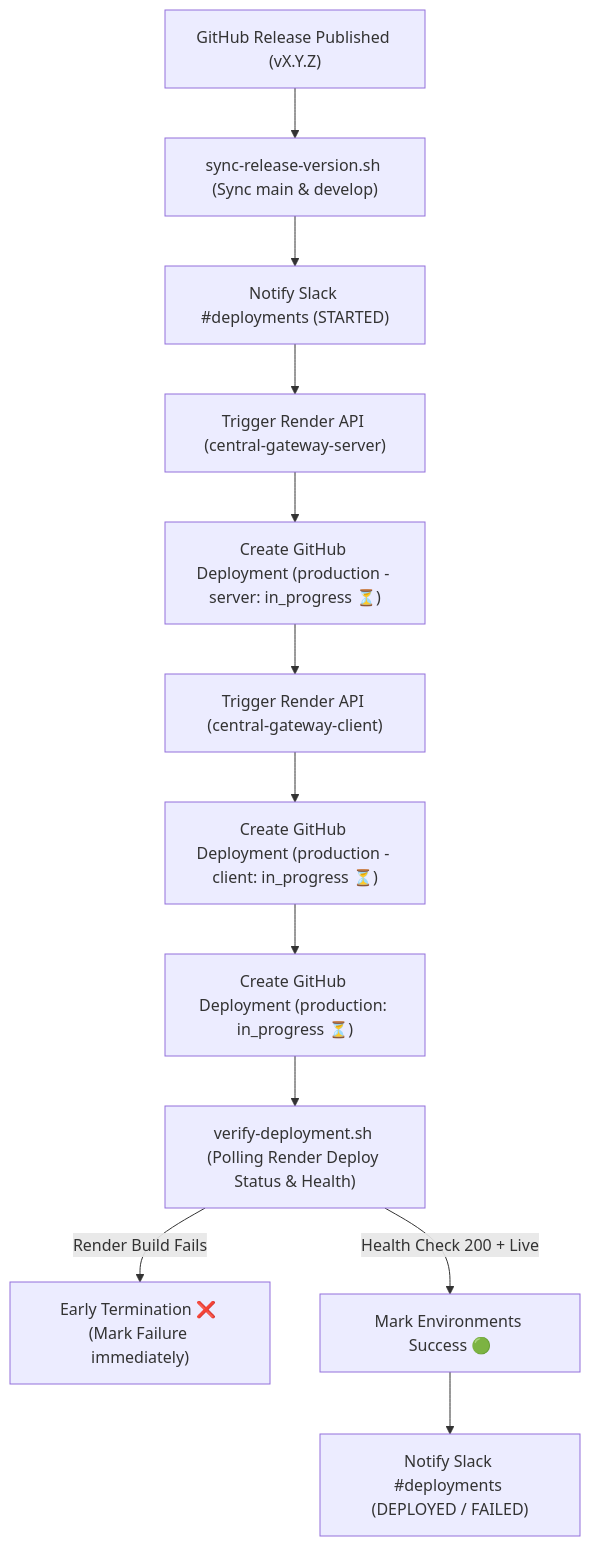
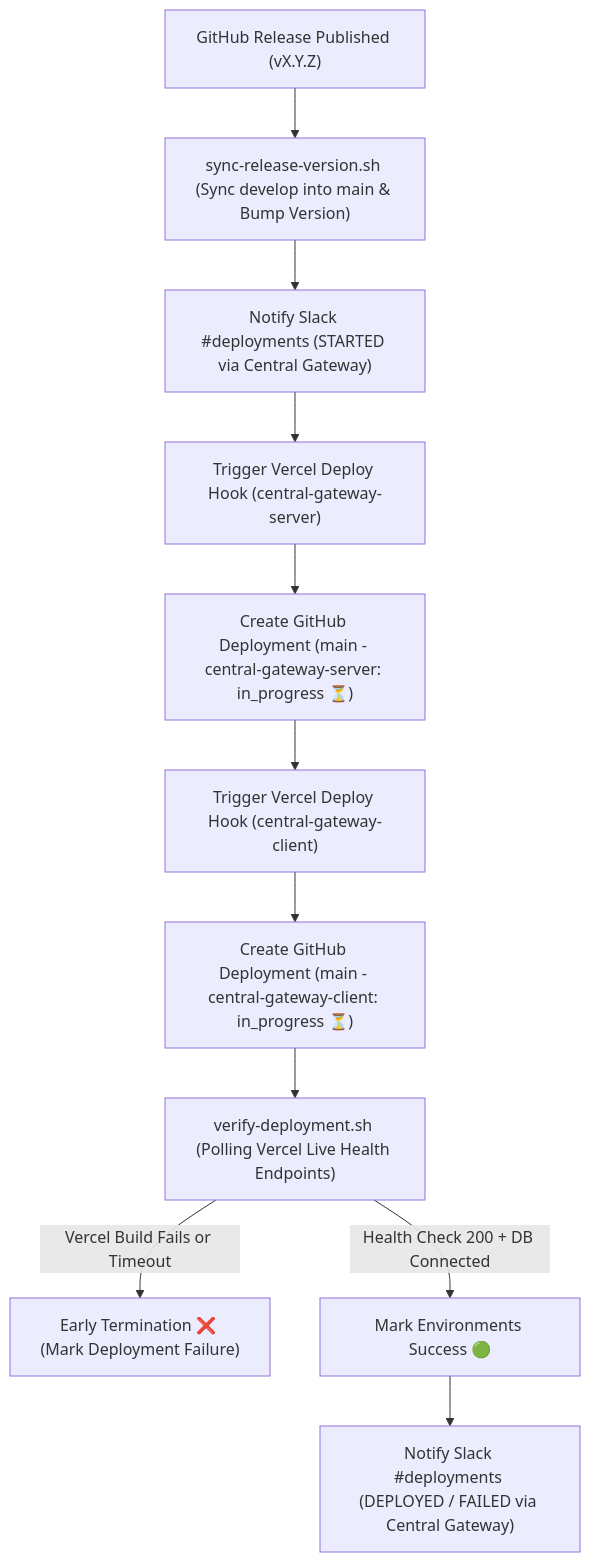
The diagram in docs/deployment.md (thanhba0505/central-gateway), drawn with Mermaid before and after one commit. The commit also changed other lines of this file and 1 other file, not shown here.

Commit message:
docs(readme): standardize README format across Prism Hub ecosystem and fix mermaid diagram syntax

````diff
--- a/docs/deployment.md
+++ b/docs/deployment.md
@@ -11,14 +11,13 @@
 ```mermaid
 flowchart TD
-  Release["GitHub Release Published (vX.Y.Z)"] --> SyncVersion["sync-release-version.sh (Sync main & develop)"]
-  SyncVersion --> NotifyStart["Notify Slack #deployments (STARTED)"]
-  NotifyStart --> TriggerServer["Trigger Render API (central-gateway-server)"]
-  TriggerServer --> GHServerState["Create GitHub Deployment (production - server: in_progress ⏳)"]
-  GHServerState --> TriggerClient["Trigger Render API (central-gateway-client)"]
-  TriggerClient --> GHClientState["Create GitHub Deployment (production - client: in_progress ⏳)"]
-  GHClientState --> GHProdState["Create GitHub Deployment (production: in_progress ⏳)"]
-  GHProdState --> Polling["verify-deployment.sh (Polling Render Deploy Status & Health)"]
-  Polling -->|Render Build Fails| FailFast["Early Termination ❌ (Mark Failure immediately)"]
-  Polling -->|Health Check 200 + Live| Complete["Mark Environments Success 🟢"]
-  Complete --> NotifyEnd["Notify Slack #deployments (DEPLOYED / FAILED)"]
+  Release["GitHub Release Published (vX.Y.Z)"] --> SyncVersion["sync-release-version.sh (Sync develop into main & Bump Version)"]
+  SyncVersion --> NotifyStart["Notify Slack #deployments (STARTED via Central Gateway)"]
+  NotifyStart --> TriggerServer["Trigger Vercel Deploy Hook (central-gateway-server)"]
+  TriggerServer --> GHServerState["Create GitHub Deployment (main - central-gateway-server: in_progress ⏳)"]
+  GHServerState --> TriggerClient["Trigger Vercel Deploy Hook (central-gateway-client)"]
+  TriggerClient --> GHClientState["Create GitHub Deployment (main - central-gateway-client: in_progress ⏳)"]
+  GHClientState --> Polling["verify-deployment.sh (Polling Vercel Live Health Endpoints)"]
+  Polling -->|Vercel Build Fails or Timeout| FailFast["Early Termination ❌ (Mark Deployment Failure)"]
+  Polling -->|Health Check 200 + DB Connected| Complete["Mark Environments Success 🟢"]
+  Complete --> NotifyEnd["Notify Slack #deployments (DEPLOYED / FAILED via Central Gateway)"]
 ```
````
